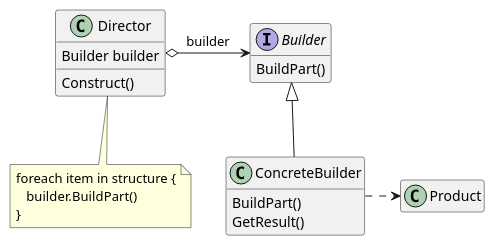
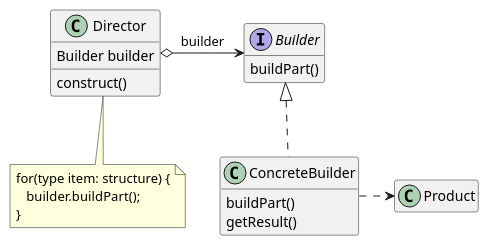
Before and after one commit to 20231-ifba-saj-ads-ppr/blog-material-aula: the first of 13 diagrams in posts/framework/GabrielCoffee9.md, drawn with PlantUML. The commit also changed other lines of this file, not shown here.

First line of the commit message:
Atualização part 3 Framework

````diff
--- a/posts/framework/GabrielCoffee9.md
+++ b/posts/framework/GabrielCoffee9.md
@@ -25,34 +27,32 @@
 ```plantuml
 @startuml
 interface Builder{
-BuildPart()
+buildPart()
 }
 
 class Director{
 Builder builder
-Construct()
+construct()
 }
 
 note bottom of Director
-foreach item in structure {
-   builder.BuildPart()
+for(type item: structure) {
+   builder.buildPart();
 }
 end note
 
 
 Director o-> Builder:builder
 
-class ConcreteBuilder{
-    BuildPart()
-    GetResult()
+class ConcreteBuilder implements Builder{
+    buildPart()
+    getResult()
 }
 
 
-Builder <|-- ConcreteBuilder
 ConcreteBuilder -right..> Product
-
 
 hide empty attributes
 hide empty methods
 @enduml
 ```
````
